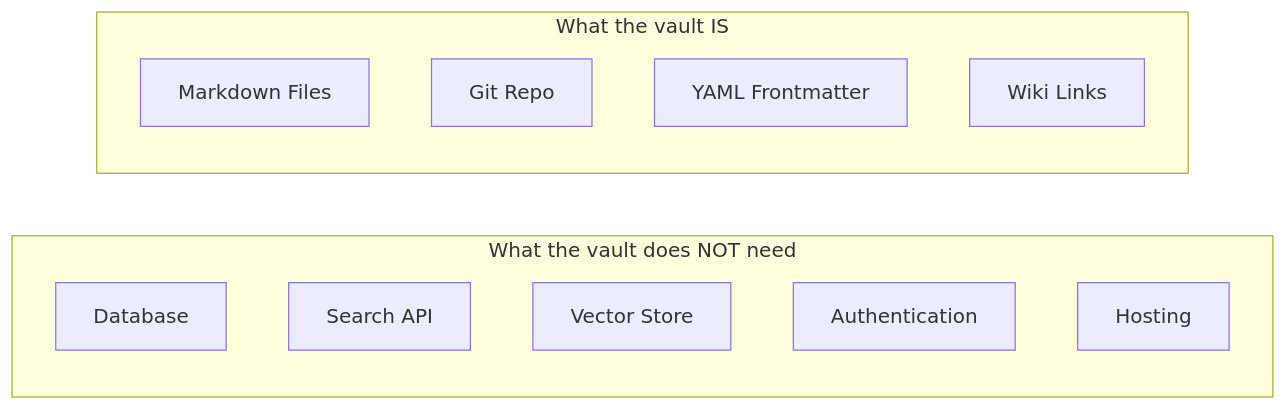
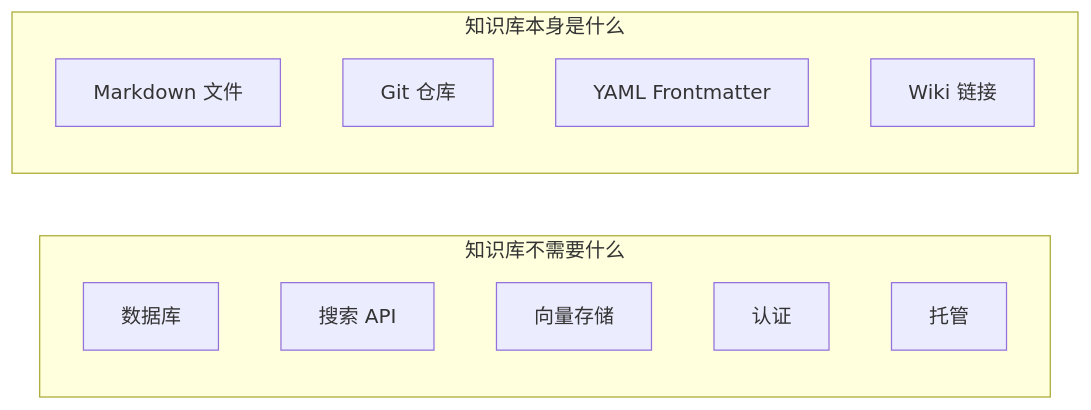
One commit to hencter/Nova changed the second of 2 diagrams in _meta/self-bootstrapping.md. Above: the diagram before and after it, drawn with Mermaid. The commit also changed other lines of this file and 56 other files, not shown here.

````diff
--- a/_meta/self-bootstrapping.md
+++ b/_meta/self-bootstrapping.md
@@ -67,17 +69,17 @@
 ```mermaid
 graph LR
-    subgraph "What the vault does NOT need"
-        DB[Database]
-        API[Search API]
-        RAG[Vector Store]
-        AUTH[Authentication]
-        HOST[Hosting]
+    subgraph "知识库不需要什么"
+        DB[数据库]
+        API[搜索 API]
+        RAG[向量存储]
+        AUTH[认证]
+        HOST[托管]
     end
 
-    subgraph "What the vault IS"
-        MD[Markdown Files]
-        GIT[Git Repo]
+    subgraph "知识库本身是什么"
+        MD[Markdown 文件]
+        GIT[Git 仓库]
         YAML[YAML Frontmatter]
-        LINKS[Wiki Links]
+        LINKS[Wiki 链接]
     end
 ```
````
